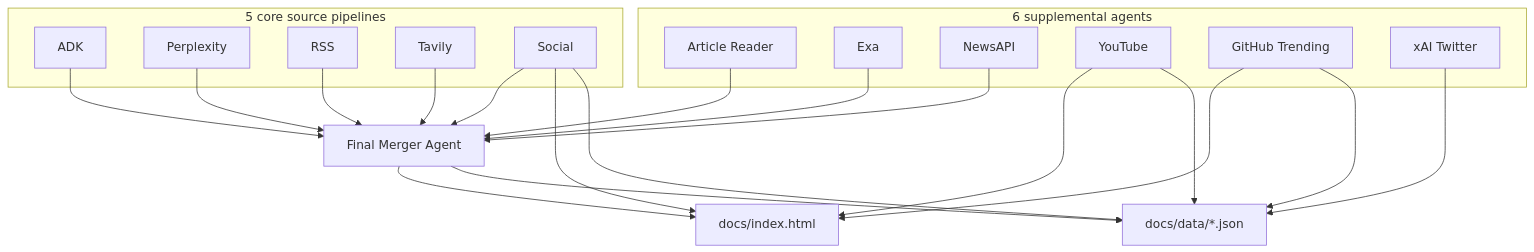
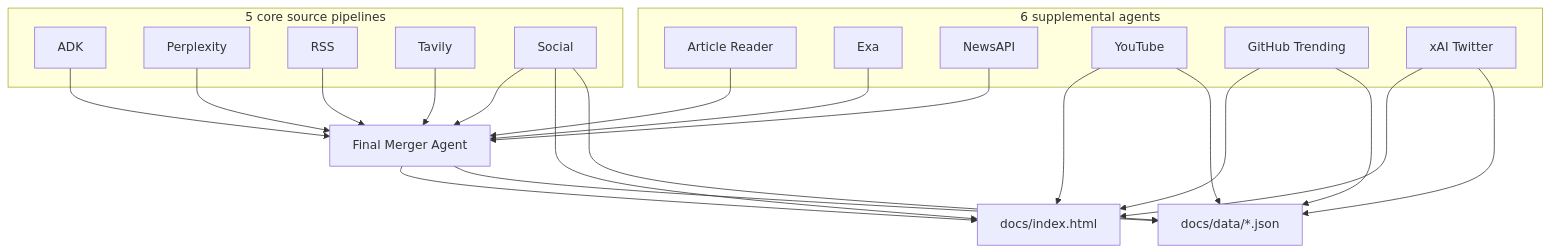
Before and after one commit to kobyal/ai-news-briefing: the first of 15 diagrams in README.md, drawn with Mermaid. The commit also changed other lines of this file and 5 other files, not shown here.

````diff
--- a/README.md
+++ b/README.md
@@ -47,39 +47,40 @@
 ```mermaid
 flowchart TD
     subgraph core["5 core source pipelines"]
         A["ADK"]
         B["Perplexity"]
         C["RSS"]
         D["Tavily"]
         E["Social"]
     end
 
     subgraph extra["6 supplemental agents"]
         F["Article Reader"]
         G["Exa"]
         H["NewsAPI"]
         I["YouTube"]
         J["GitHub Trending"]
         K["xAI Twitter"]
     end
 
     A --> M
     B --> M
     C --> M
     D --> M
     E --> M
     G --> M
     H --> M
     F --> M
 
     E --> P
     I --> P
     J --> P
-    K --> D2["docs/data/*.json"]
+    K --> P
 
     M["Final Merger Agent"] --> P["docs/index.html"]
     M --> D2
     E --> D2
     I --> D2
     J --> D2
+    K --> D2["docs/data/*.json"]
 ```
````
